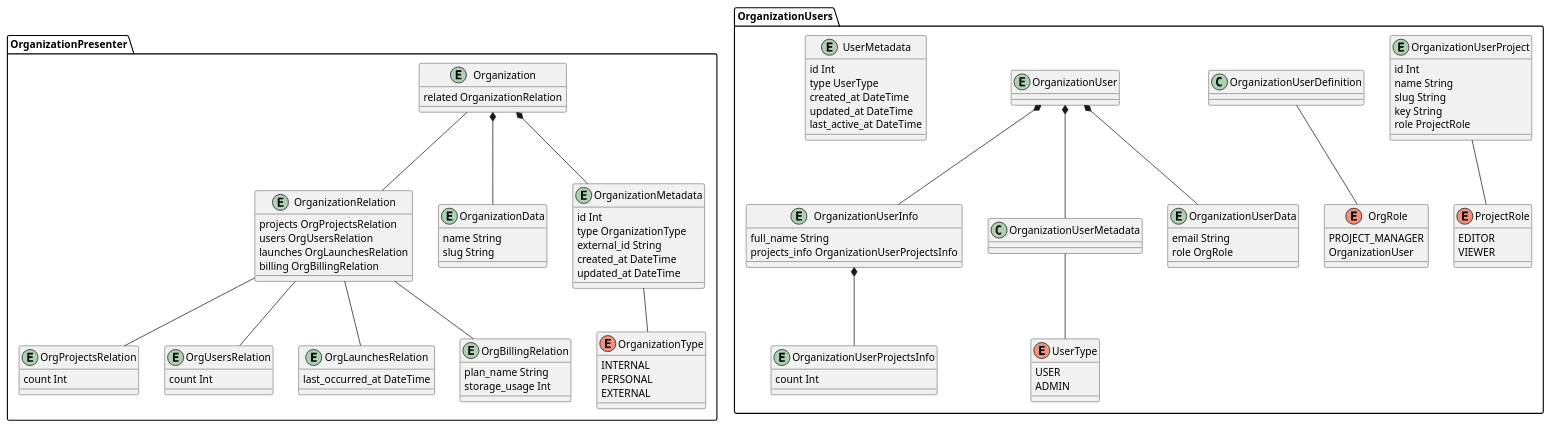
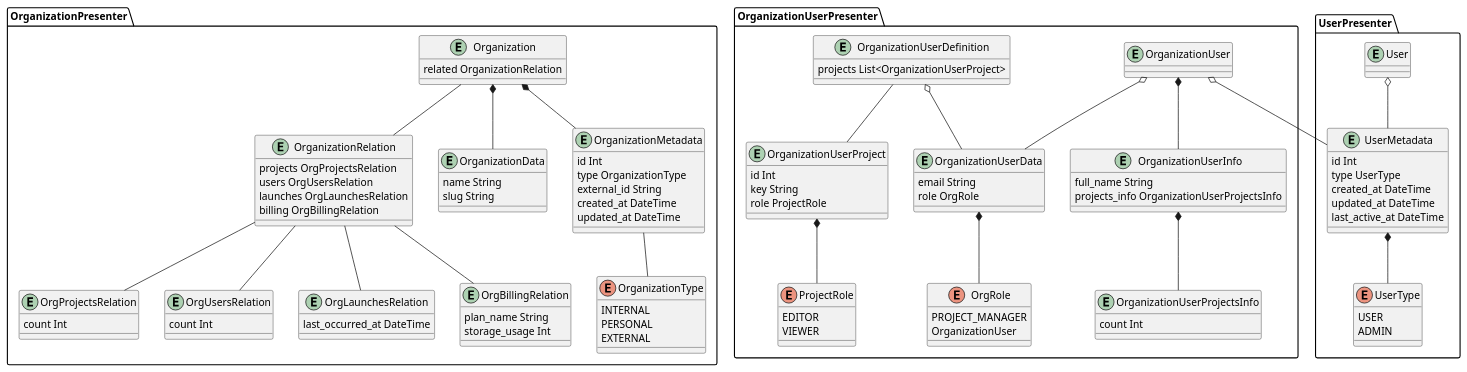
Before and after one commit to reportportal/api-registry: the diagram in docs/organizations/orgnizations.puml, drawn with PlantUML.

Commit message:
Refactor organization user package and add user presenter package

```diff
--- a/docs/organizations/orgnizations.puml
+++ b/docs/organizations/orgnizations.puml
@@ -5,119 +5,129 @@
 @startuml organizational-entities
 
 package OrganizationPresenter {
   
   entity Organization {
     related OrganizationRelation
   }
   
   entity OrganizationData {
     name String
     slug String
   }
   Organization *-- OrganizationData
 
   entity OrganizationMetadata {
     id Int
     type OrganizationType
     external_id String
     created_at DateTime
     updated_at DateTime
   }
   Organization *-- OrganizationMetadata
 
   entity OrganizationRelation {
     projects OrgProjectsRelation
     users OrgUsersRelation
     launches OrgLaunchesRelation
     billing OrgBillingRelation
   }
   OrganizationRelation -up- Organization
 
   entity OrgProjectsRelation {
     count Int
   }
   OrgProjectsRelation -up- OrganizationRelation
 
   entity OrgUsersRelation {
     count Int
   }
   OrgUsersRelation -up- OrganizationRelation
 
   entity OrgLaunchesRelation {
     last_occurred_at DateTime
   }
   OrgLaunchesRelation -up- OrganizationRelation
 
   entity OrgBillingRelation {
     plan_name String
     storage_usage Int
   }
   OrgBillingRelation -up- OrganizationRelation
 
   enum OrganizationType {
     INTERNAL
     PERSONAL
     EXTERNAL
   }
   OrganizationMetadata -- OrganizationType
   
 }
 
-package OrganizationUsers {
+package OrganizationUserPresenter {
 
   entity OrganizationUser
+
+  entity OrganizationUserDefinition {
+    projects List<OrganizationUserProject>
+  }
 
   entity OrganizationUserData {
     email String
     role OrgRole
   }
-  OrganizationUserData -up-* OrganizationUser
+  OrganizationUserData -up-o OrganizationUser
+  OrganizationUserData -up-o OrganizationUserDefinition
+
+  entity OrganizationUserInfo {
+    full_name String
+    projects_info OrganizationUserProjectsInfo
+  }
+  OrganizationUserInfo -up-* OrganizationUser
+
+  enum OrgRole {
+    PROJECT_MANAGER
+    OrganizationUser
+  }
+  OrgRole -up-* OrganizationUserData
+
+  entity OrganizationUserProjectsInfo {
+    count Int
+  }
+  OrganizationUserProjectsInfo -up-* OrganizationUserInfo
+
+  entity OrganizationUserProject {
+    id Int
+    key String
+    role ProjectRole
+  }
+  OrganizationUserProject -up- OrganizationUserDefinition
+
+  enum ProjectRole {
+    EDITOR
+    VIEWER
+  }
+  ProjectRole -up-* OrganizationUserProject
+}
+
+package UserPresenter {
+  entity User
 
   entity UserMetadata {
     id Int
     type UserType
     created_at DateTime
     updated_at DateTime
     last_active_at DateTime
   }
-  OrganizationUserMetadata -up-* OrganizationUser
-
-  entity OrganizationUserInfo {
-    full_name String
-    projects_info OrganizationUserProjectsInfo
-  }
-  OrganizationUserInfo -up-* OrganizationUser
+  UserMetadata -up-o OrganizationUser
+  UserMetadata -up-o User
 
   enum UserType {
     USER
     ADMIN
   }
-  UserType -up- OrganizationUserMetadata
+  UserType -up-* UserMetadata
 
-  enum OrgRole {
-    PROJECT_MANAGER
-    OrganizationUser
-  }
-  OrgRole -up- OrganizationUserDefinition
-
-  entity OrganizationUserProjectsInfo {
-    count Int
-  }
-  OrganizationUserProjectsInfo -up-* OrganizationUserInfo
-
-  entity OrganizationUserProject {
-    id Int
-    name String
-    slug String
-    key String
-    role ProjectRole
-  }
-
-  enum ProjectRole {
-    EDITOR
-    VIEWER
-  }
-  ProjectRole -up- OrganizationUserProject
 }
 
 @enduml
```
